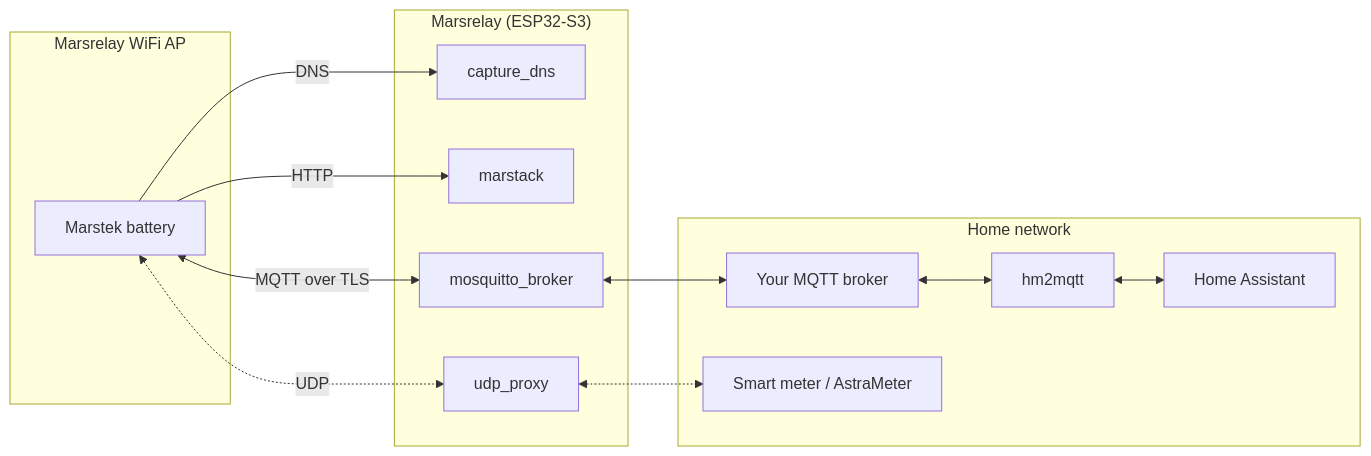
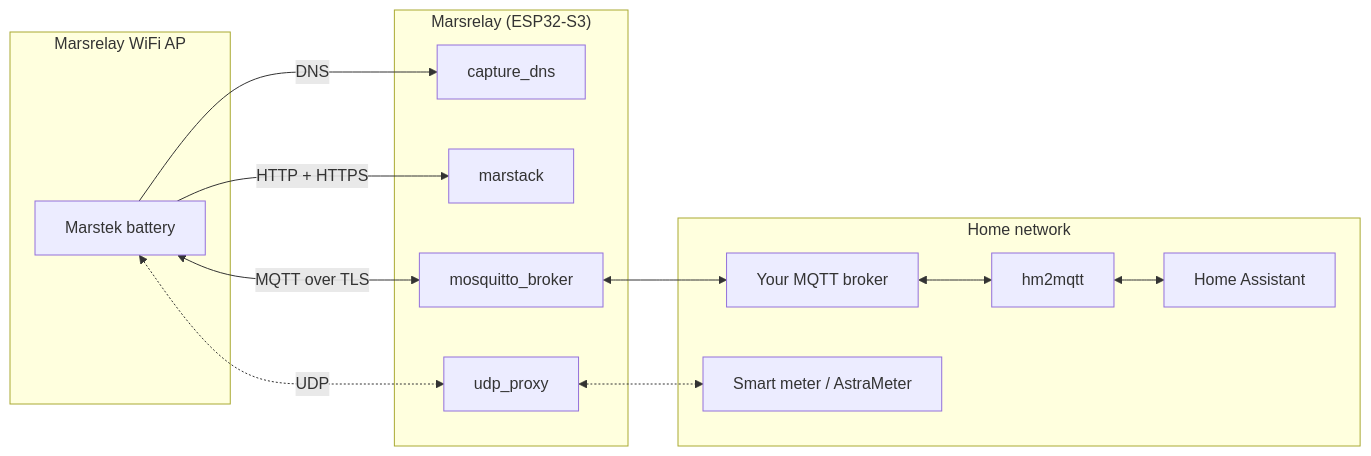
Before and after one commit to tomquist/marsrelay: the diagram in README.md, drawn with Mermaid. The commit also changed other lines of this file and 10 other files, not shown here.

````diff
--- a/README.md
+++ b/README.md
@@ -32,26 +32,26 @@
 ```mermaid
 flowchart LR
     subgraph AP["Marsrelay WiFi AP"]
         Battery[Marstek battery]
     end
     subgraph ESP["Marsrelay (ESP32-S3)"]
         DNS[capture_dns]
         HTTP[marstack]
         Broker[mosquitto_broker]
         UDP[udp_proxy]
     end
     subgraph Home["Home network"]
         HomeBroker[Your MQTT broker]
         HM2MQTT[hm2mqtt]
         HA[Home Assistant]
         Meter[Smart meter / AstraMeter]
     end
     Battery -->|DNS| DNS
-    Battery -->|HTTP| HTTP
+    Battery -->|HTTP + HTTPS| HTTP
     Battery <-->|MQTT over TLS| Broker
     Battery <-.->|UDP| UDP
     UDP <-.-> Meter
     Broker <--> HomeBroker
     HomeBroker <--> HM2MQTT
     HM2MQTT <--> HA
 ```
````
